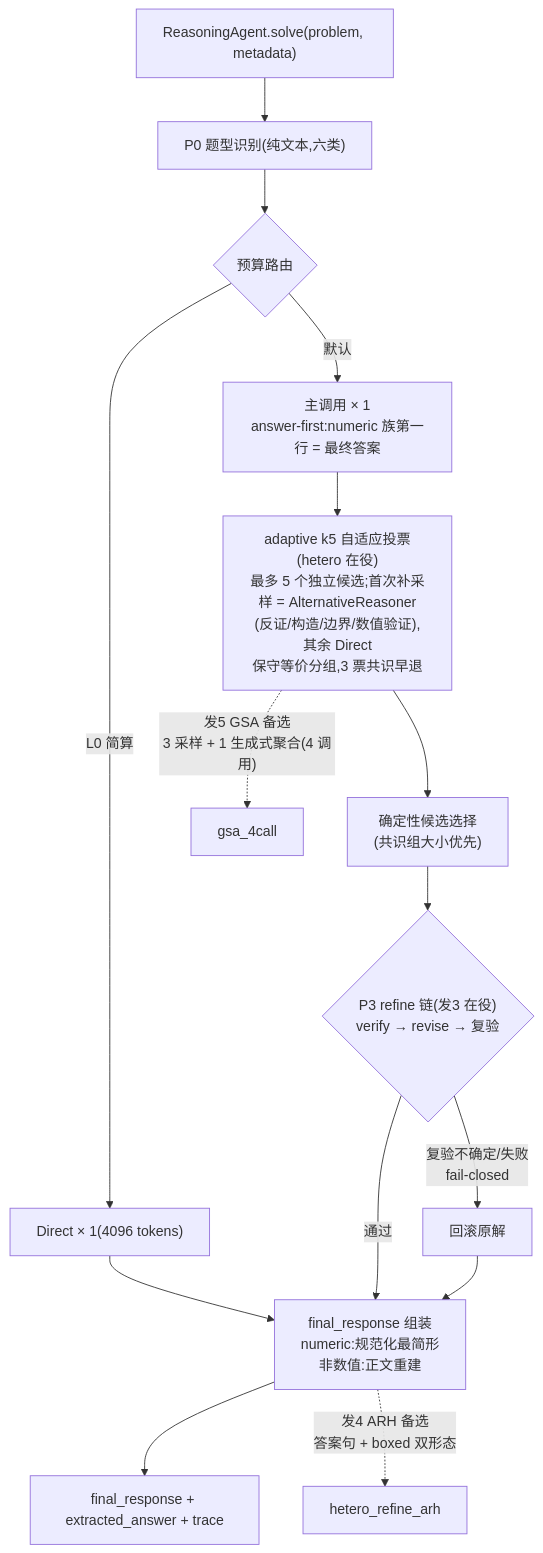
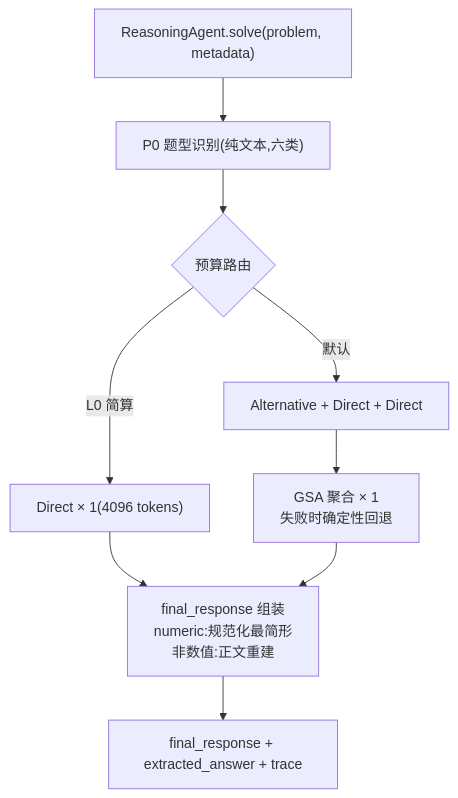
The first of 2 diagrams in README.md (RUSS0718/Challenge-Cup-2026), drawn with Mermaid before and after one commit. The commit also changed other lines of this file and 23 other files, not shown here.

````diff
--- a/README.md
+++ b/README.md
@@ -18,17 +17,11 @@
 ```mermaid
 flowchart TD
     entry["ReasoningAgent.solve(problem, metadata)"] --> classify["P0 题型识别(纯文本,六类)"]
     classify --> route{"预算路由"}
     route -->|"L0 简算"| l0["Direct × 1(4096 tokens)"]
-    route -->|"默认"| main1["主调用 × 1<br/>answer-first:numeric 族第一行 = 最终答案"]
+    route -->|"默认"| samples["Alternative + Direct + Direct"]
+    samples --> aggregate["GSA 聚合 × 1<br/>失败时确定性回退"]
     l0 --> finalize
-    main1 --> vote["adaptive k5 自适应投票(hetero 在役)<br/>最多 5 个独立候选;首次补采样 = AlternativeReasoner<br/>(反证/构造/边界/数值验证),其余 Direct<br/>保守等价分组,3 票共识早退"]
-    vote --> select["确定性候选选择<br/>(共识组大小优先)"]
-    select --> refine{"P3 refine 链(发3 在役)<br/>verify → revise → 复验"}
-    refine -->|"复验不确定/失败<br/>fail-closed"| rollback["回滚原解"]
-    refine -->|"通过"| finalize["final_response 组装<br/>numeric:规范化最简形<br/>非数值:正文重建"]
-    rollback --> finalize
+    aggregate --> finalize["final_response 组装<br/>numeric:规范化最简形<br/>非数值:正文重建"]
     finalize --> out["final_response + extracted_answer + trace"]
-    vote -. "发5 GSA 备选<br/>3 采样 + 1 生成式聚合(4 调用)" .-> gsa["gsa_4call"]
-    finalize -. "发4 ARH 备选<br/>答案句 + boxed 双形态" .-> arh["hetero_refine_arh"]
 ```
````
